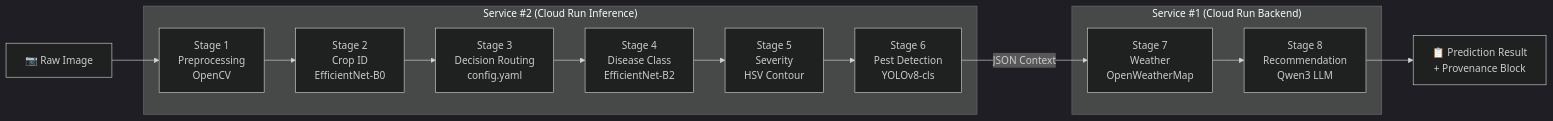
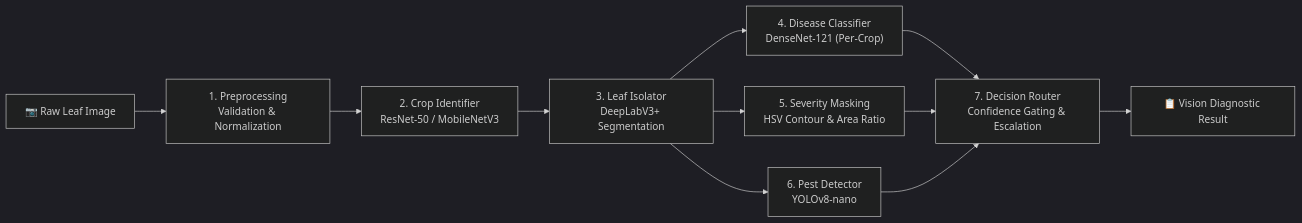
One commit to manthan2876/Smart-Farming changed the second of 7 diagrams in Docs/Architecture.md. Above: the diagram before and after it, drawn with Mermaid (dark theme). The commit also changed other lines of this file and 10 other files, not shown here.

Commit message:
docs: update documentation to 19 October 2026 reflecting Render, Hugging Face Space, and Supabase architecture

````diff
--- a/Docs/Architecture.md
+++ b/Docs/Architecture.md
@@ -187,22 +246,11 @@
 ```mermaid
 flowchart LR
-    IMG["📷 Raw Image"] --> S1
-
-    subgraph INF["Service #2 (Cloud Run Inference)"]
-        S1["Stage 1\nPreprocessing\nOpenCV"]
-        S2["Stage 2\nCrop ID\nEfficientNet-B0"]
-        S3["Stage 3\nDecision Routing\nconfig.yaml"]
-        S4["Stage 4\nDisease Class\nEfficientNet-B2"]
-        S5["Stage 5\nSeverity\nHSV Contour"]
-        S6["Stage 6\nPest Detection\nYOLOv8-cls"]
-    end
-
-    subgraph BK["Service #1 (Cloud Run Backend)"]
-        S7["Stage 7\nWeather\nOpenWeatherMap"]
-        S8["Stage 8\nRecommendation\nQwen3 LLM"]
-    end
-
-    S1 --> S2 --> S3 --> S4 --> S5 --> S6
-    S6 -->|JSON Context| S7 --> S8
-    S8 --> RES["📋 Prediction Result\n+ Provenance Block"]
+    RAW["📷 Raw Leaf Image"] --> STG1["1. Preprocessing\nValidation & Normalization"]
+    STG1 --> STG2["2. Crop Identifier\nResNet-50 / MobileNetV3"]
+    STG2 --> STG3["3. Leaf Isolator\nDeepLabV3+ Segmentation"]
+    STG3 --> STG4["4. Disease Classifier\nDenseNet-121 (Per-Crop)"]
+    STG3 --> STG5["5. Severity Masking\nHSV Contour & Area Ratio"]
+    STG3 --> STG6["6. Pest Detector\nYOLOv8-nano"]
+    STG4 & STG5 & STG6 --> STG7["7. Decision Router\nConfidence Gating & Escalation"]
+    STG7 --> OUT["📋 Vision Diagnostic Result"]
 ```
````
